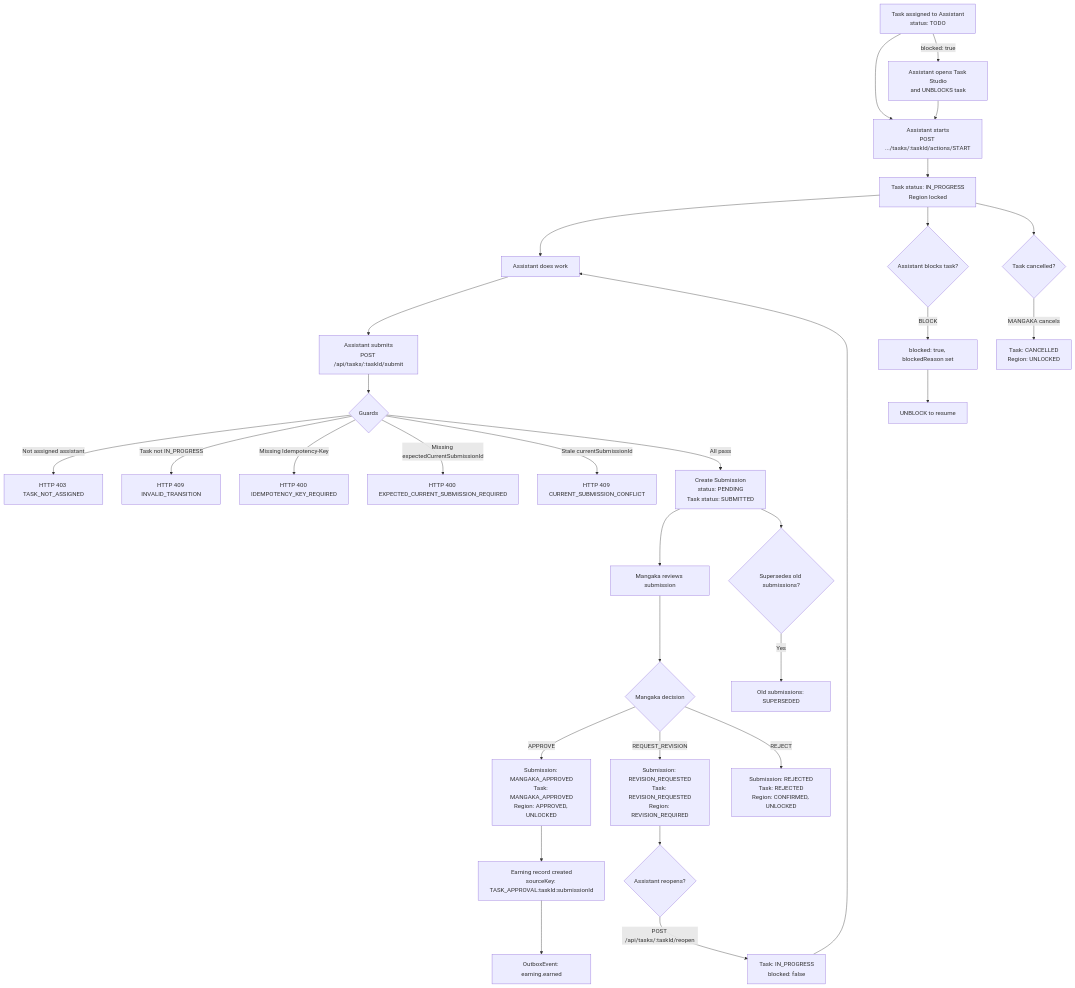
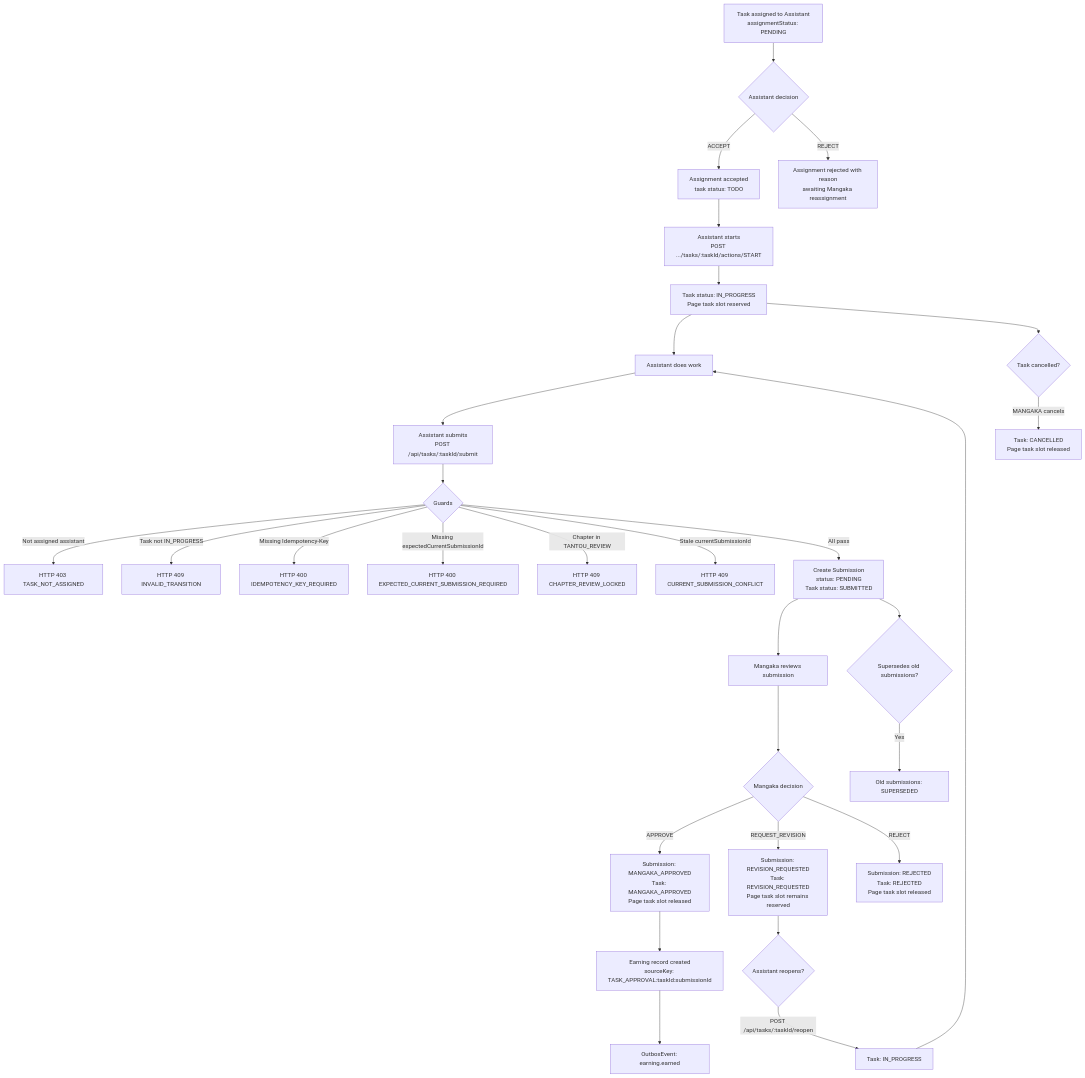
Before and after one commit to ntu254/MangaFlow: the diagram in docs/business-flows/05-assistant-submission.md, drawn with Mermaid. The commit also changed other lines of this file and 42 other files, not shown here.

Commit message:
docs: align canonical business flows and ai-service specs

````diff
--- a/docs/business-flows/05-assistant-submission.md
+++ b/docs/business-flows/05-assistant-submission.md
@@ -11,41 +12,39 @@
 ```mermaid
 graph TD
-    A[Task assigned to Assistant<br/>status: TODO] --> B[Assistant starts<br/>POST .../tasks/:taskId/actions/START]
-    A -- blocked: true --> A1[Assistant opens Task Studio<br/>and UNBLOCKS task]
-    A1 --> B
-    B --> C[Task status: IN_PROGRESS<br/>Region locked]
+    A[Task assigned to Assistant<br/>assignmentStatus: PENDING] --> B{Assistant decision}
+    B -- ACCEPT --> C[Assignment accepted<br/>task status: TODO]
+    B -- REJECT --> X[Assignment rejected with reason<br/>awaiting Mangaka reassignment]
+    C --> D[Assistant starts<br/>POST .../tasks/:taskId/actions/START]
+    D --> E[Task status: IN_PROGRESS<br/>Page task slot reserved]
 
-    C --> D[Assistant does work]
-    D --> E[Assistant submits<br/>POST /api/tasks/:taskId/submit]
-    E --> F{Guards}
-    F -- Not assigned assistant --> G[HTTP 403 TASK_NOT_ASSIGNED]
-    F -- Task not IN_PROGRESS --> H[HTTP 409 INVALID_TRANSITION]
-    F -- Missing Idempotency-Key --> I[HTTP 400 IDEMPOTENCY_KEY_REQUIRED]
-    F -- Missing expectedCurrentSubmissionId --> J[HTTP 400 EXPECTED_CURRENT_SUBMISSION_REQUIRED]
-    F -- Stale currentSubmissionId --> K[HTTP 409 CURRENT_SUBMISSION_CONFLICT]
-    F -- All pass --> L[Create Submission<br/>status: PENDING<br/>Task status: SUBMITTED]
+    E --> F[Assistant does work]
+    F --> G[Assistant submits<br/>POST /api/tasks/:taskId/submit]
+    G --> H{Guards}
+    H -- Not assigned assistant --> I[HTTP 403 TASK_NOT_ASSIGNED]
+    H -- Task not IN_PROGRESS --> J[HTTP 409 INVALID_TRANSITION]
+    H -- Missing Idempotency-Key --> K[HTTP 400 IDEMPOTENCY_KEY_REQUIRED]
+    H -- Missing expectedCurrentSubmissionId --> L[HTTP 400 EXPECTED_CURRENT_SUBMISSION_REQUIRED]
+    H -- Chapter in TANTOU_REVIEW --> LR[HTTP 409 CHAPTER_REVIEW_LOCKED]
+    H -- Stale currentSubmissionId --> M[HTTP 409 CURRENT_SUBMISSION_CONFLICT]
+    H -- All pass --> N[Create Submission<br/>status: PENDING<br/>Task status: SUBMITTED]
 
-    L --> M[Mangaka reviews submission]
+    N --> O[Mangaka reviews submission]
 
-    M --> N{Mangaka decision}
-    N -- APPROVE --> O[Submission: MANGAKA_APPROVED<br/>Task: MANGAKA_APPROVED<br/>Region: APPROVED, UNLOCKED]
-    O --> P[Earning record created<br/>sourceKey: TASK_APPROVAL:taskId:submissionId]
-    P --> Q[OutboxEvent: earning.earned]
+    O --> P{Mangaka decision}
+    P -- APPROVE --> Q[Submission: MANGAKA_APPROVED<br/>Task: MANGAKA_APPROVED<br/>Page task slot released]
+    Q --> R[Earning record created<br/>sourceKey: TASK_APPROVAL:taskId:submissionId]
+    R --> S[OutboxEvent: earning.earned]
 
-    N -- REQUEST_REVISION --> R[Submission: REVISION_REQUESTED<br/>Task: REVISION_REQUESTED<br/>Region: REVISION_REQUIRED]
-    R --> S{Assistant reopens?}
-    S -- POST /api/tasks/:taskId/reopen --> T[Task: IN_PROGRESS<br/>blocked: false]
-    T --> D
+    P -- REQUEST_REVISION --> T[Submission: REVISION_REQUESTED<br/>Task: REVISION_REQUESTED<br/>Page task slot remains reserved]
+    T --> U{Assistant reopens?}
+    U -- POST /api/tasks/:taskId/reopen --> V[Task: IN_PROGRESS]
+    V --> F
 
-    N -- REJECT --> U[Submission: REJECTED<br/>Task: REJECTED<br/>Region: CONFIRMED, UNLOCKED]
+    P -- REJECT --> W[Submission: REJECTED<br/>Task: REJECTED<br/>Page task slot released]
 
-    L --> V{Supersedes old submissions?}
-    V -- Yes --> W[Old submissions: SUPERSEDED]
+    N --> Y{Supersedes old submissions?}
+    Y -- Yes --> Z[Old submissions: SUPERSEDED]
 
-    C --> X{Assistant blocks task?}
-    X -- BLOCK --> Y[blocked: true, blockedReason set]
-    Y --> Z[UNBLOCK to resume]
-
-    C --> AA{Task cancelled?}
-    AA -- MANGAKA cancels --> AB[Task: CANCELLED<br/>Region: UNLOCKED]
+    E --> AA{Task cancelled?}
+    AA -- MANGAKA cancels --> AB[Task: CANCELLED<br/>Page task slot released]
 ```
````
